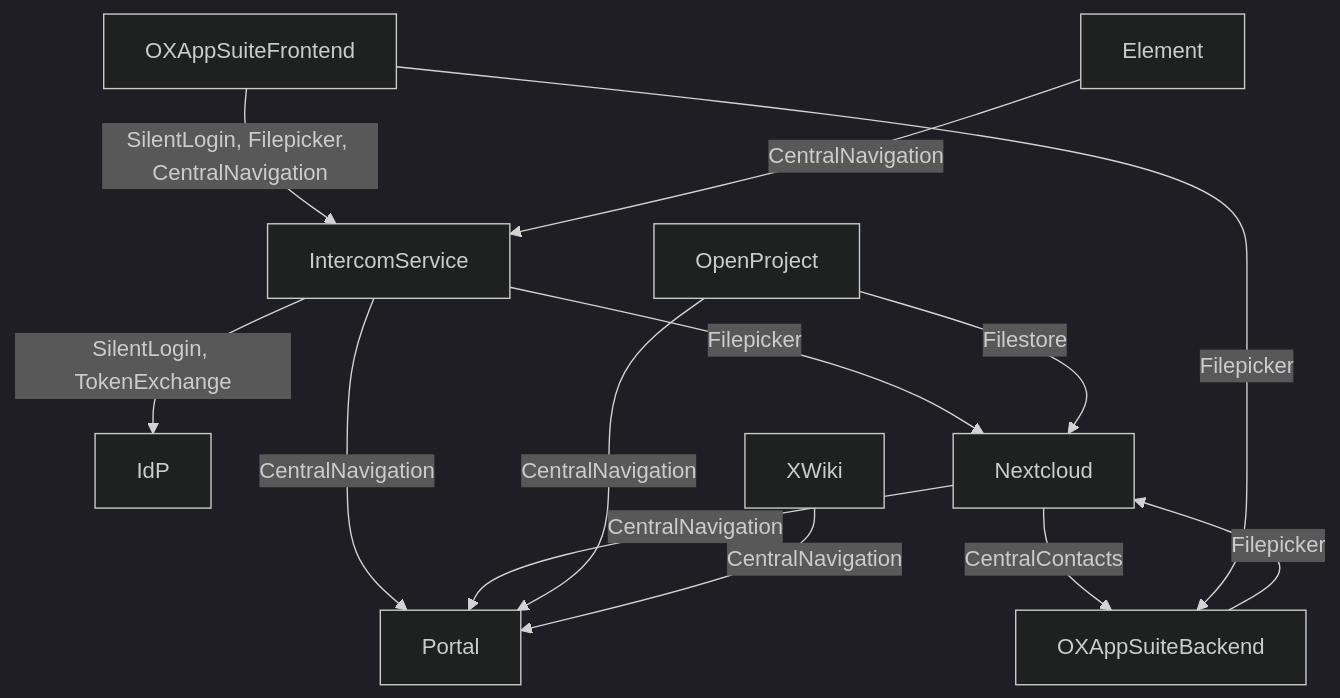
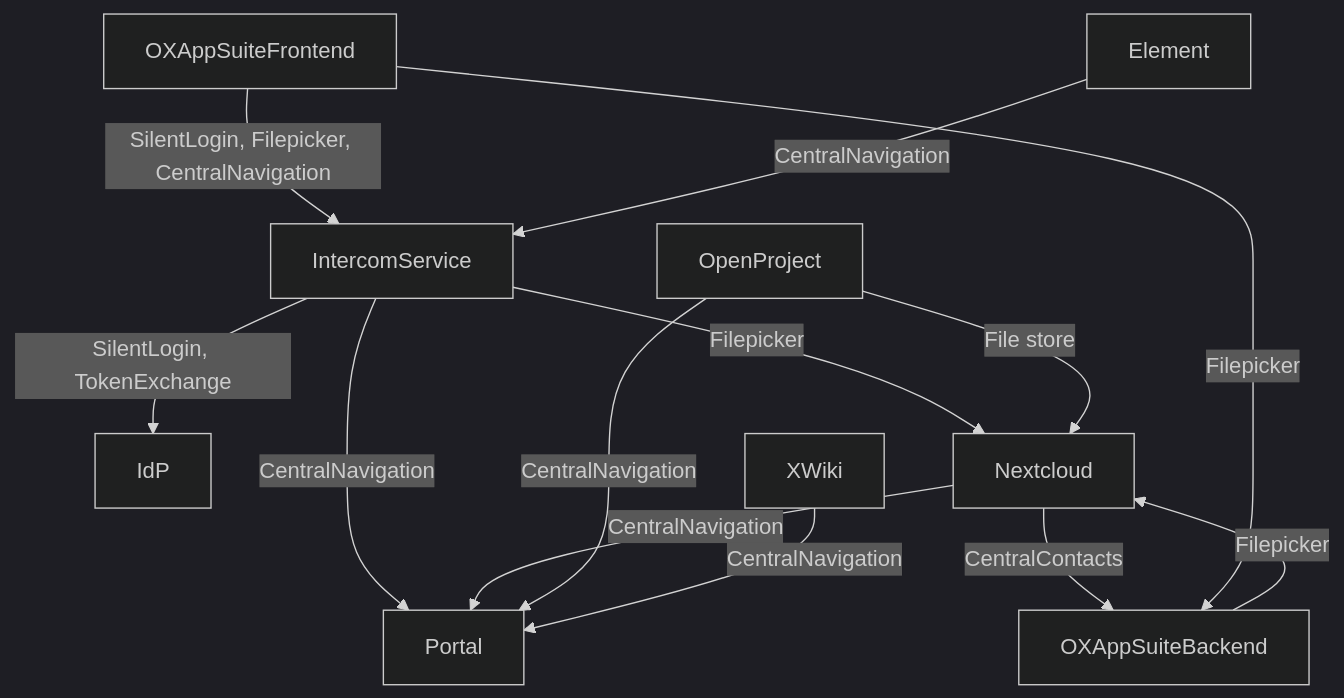
Before and after one commit to tobias-weiss-ai-xr/opendesk-edu: the first of 2 diagrams in docs/components.md, drawn with Mermaid (dark theme). The commit also changed other lines of this file and 13 other files, not shown here.

````diff
--- a/docs/components.md
+++ b/docs/components.md
@@ -59,15 +57,15 @@
 ```mermaid
 flowchart TD
   OXAppSuiteFrontend-->|SilentLogin, Filepicker, CentralNavigation|IntercomService
   Element-->|CentralNavigation|IntercomService
   IntercomService-->|SilentLogin, TokenExchange|IdP
   IntercomService-->|Filepicker|Nextcloud
   IntercomService-->|CentralNavigation|Portal
   OXAppSuiteBackend-->|Filepicker|Nextcloud
   Nextcloud-->|CentralNavigation|Portal
   OpenProject-->|CentralNavigation|Portal
-  OpenProject-->|Filestore|Nextcloud
+  OpenProject-->|File store|Nextcloud
   XWiki-->|CentralNavigation|Portal
   Nextcloud-->|CentralContacts|OXAppSuiteBackend
   OXAppSuiteFrontend-->|Filepicker|OXAppSuiteBackend
 ```
````
